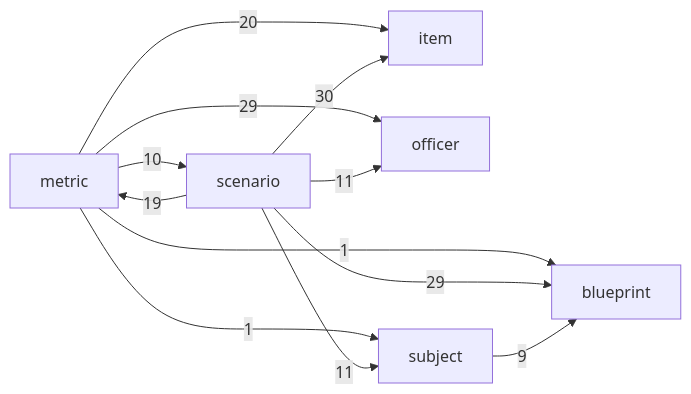
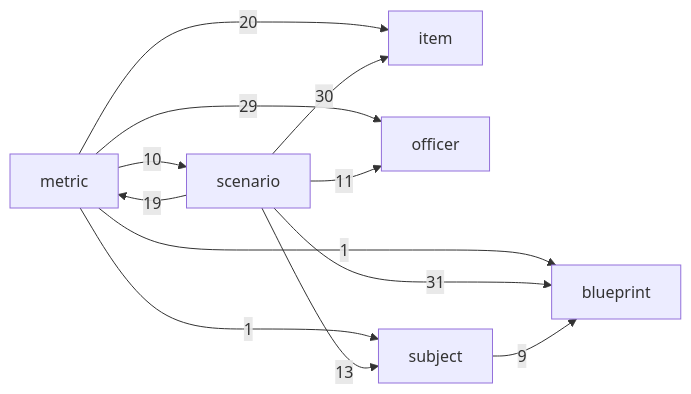
Before and after one commit to geraldmaron/tactically-idle: the diagram in docs/architecture.md, drawn with Mermaid. The commit also changed other lines of this file, not shown here.

First line of the commit message:
Regenerate the architecture doc for R-B3

````diff
--- a/docs/architecture.md
+++ b/docs/architecture.md
@@ -40,14 +40,14 @@
 ```mermaid
 flowchart LR
   metric -->|1| blueprint
   metric -->|20| item
   metric -->|29| officer
   metric -->|10| scenario
   metric -->|1| subject
-  scenario -->|29| blueprint
+  scenario -->|31| blueprint
   scenario -->|30| item
   scenario -->|19| metric
   scenario -->|11| officer
-  scenario -->|11| subject
+  scenario -->|13| subject
   subject -->|9| blueprint
 ```
````
